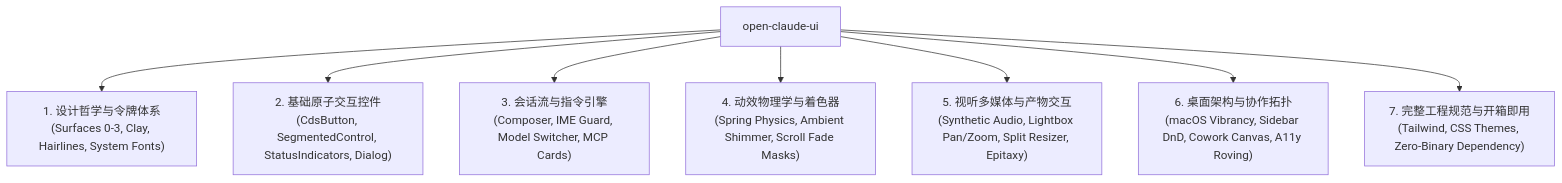
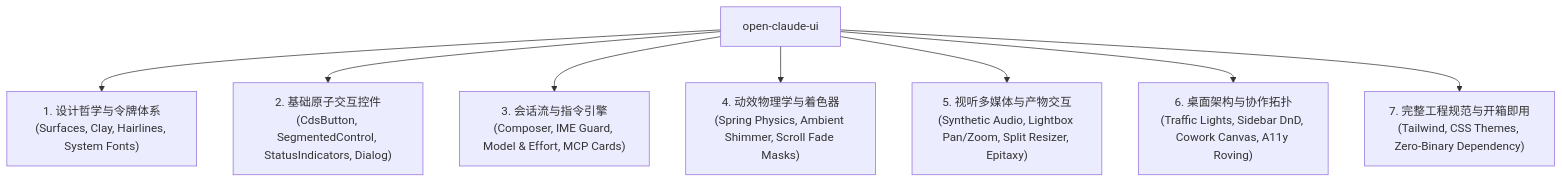
The diagram in README.md (sseymdoc/open-claude-ui), drawn with Mermaid before and after one commit. The commit also changed other lines of this file and 60 other files, not shown here.

````diff
--- a/README.md
+++ b/README.md
@@ -46,12 +46,12 @@
 ```mermaid
 graph TD
     OCUI["open-claude-ui"]
 
-    OCUI --> Tokens["1. 设计哲学与令牌体系<br/>(Surfaces 0-3, Clay, Hairlines, System Fonts)"]
+    OCUI --> Tokens["1. 设计哲学与令牌体系<br/>(Surfaces, Clay, Hairlines, System Fonts)"]
     OCUI --> Atoms["2. 基础原子交互控件<br/>(CdsButton, SegmentedControl, StatusIndicators, Dialog)"]
-    OCUI --> Stream["3. 会话流与指令引擎<br/>(Composer, IME Guard, Model Switcher, MCP Cards)"]
+    OCUI --> Stream["3. 会话流与指令引擎<br/>(Composer, IME Guard, Model & Effort, MCP Cards)"]
     OCUI --> Motion["4. 动效物理学与着色器<br/>(Spring Physics, Ambient Shimmer, Scroll Fade Masks)"]
     OCUI --> Media["5. 视听多媒体与产物交互<br/>(Synthetic Audio, Lightbox Pan/Zoom, Split Resizer, Epitaxy)"]
-    OCUI --> Desktop["6. 桌面架构与协作拓扑<br/>(macOS Vibrancy, Sidebar DnD, Cowork Canvas, A11y Roving)"]
+    OCUI --> Desktop["6. 桌面架构与协作拓扑<br/>(Traffic Lights, Sidebar DnD, Cowork Canvas, A11y Roving)"]
     OCUI --> Setup["7. 完整工程规范与开箱即用<br/>(Tailwind, CSS Themes, Zero-Binary Dependency)"]
 ```
````
